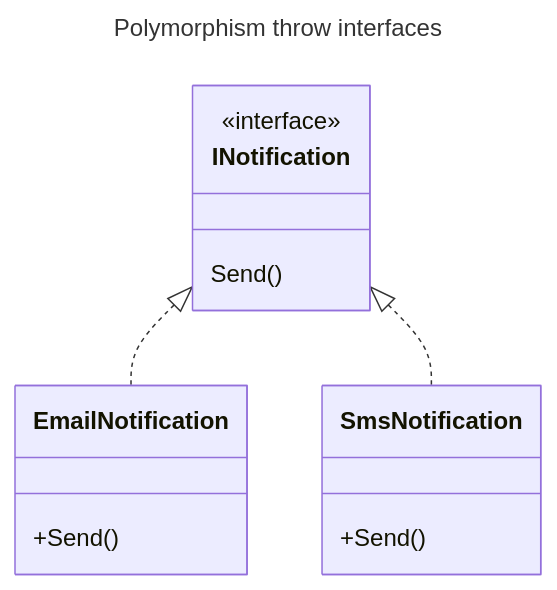
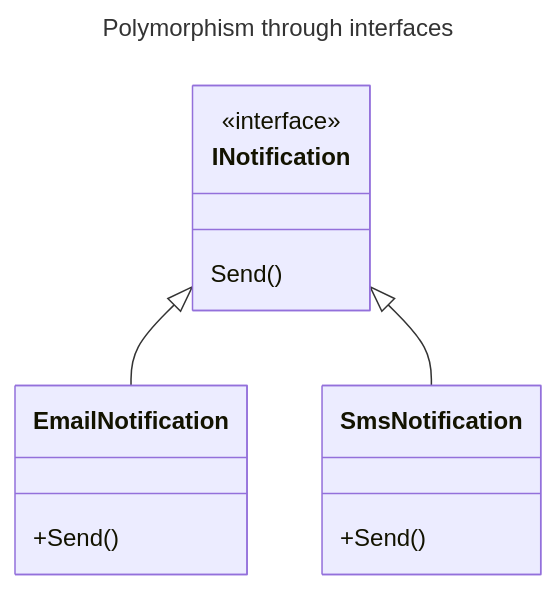
One commit to rd003/blog changed the second of 3 diagrams in content/posts/polymorphism-in-csharp.md. Above: the diagram before and after it, drawn with Mermaid.

Commit message:
post polymorphism updated

````diff
--- a/content/posts/polymorphism-in-csharp.md
+++ b/content/posts/polymorphism-in-csharp.md
@@ -449,22 +449,22 @@
 ```mermaid
 ---
-title: Polymorphism throw interfaces
+title: Polymorphism through interfaces
 ---
 classDiagram
     class INotification {
         <<interface>>
         Send()
     }
 
     class EmailNotification {
         +Send()
     }
 
     class SmsNotification {
         +Send()
     }
 
-    INotification <|.. EmailNotification
-    INotification <|.. SmsNotification
+    INotification <|-- EmailNotification
+    INotification <|-- SmsNotification
 
 ```
````
